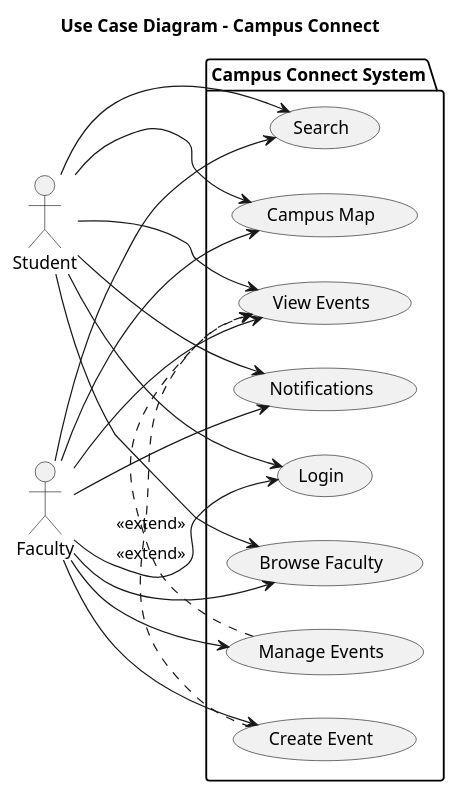
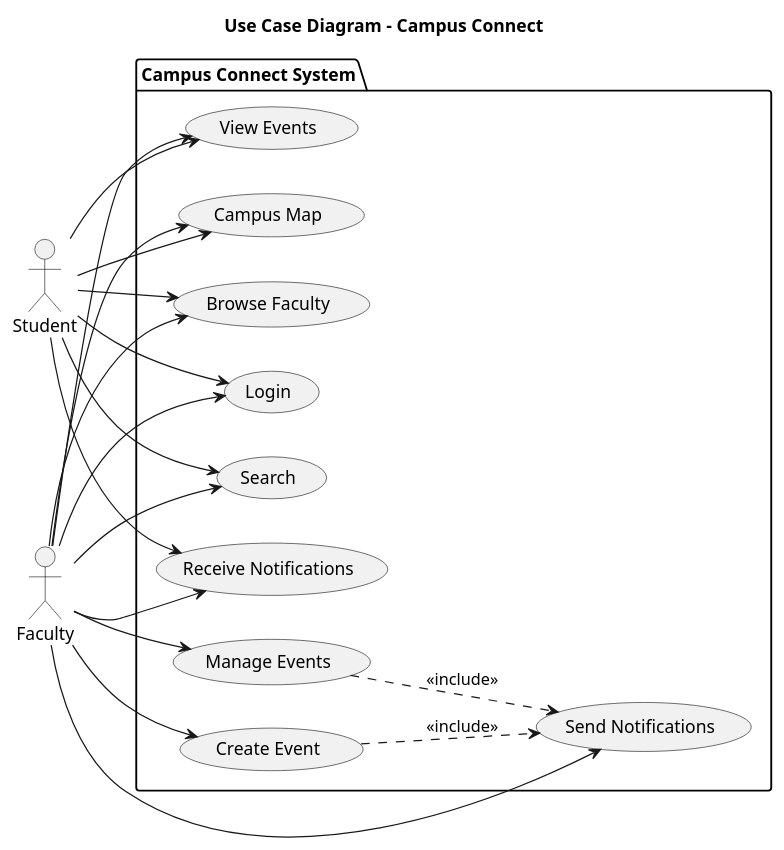
Before and after one commit to umeshwayakole27/campus_connect_fl: the second of 7 diagrams in uml-diagrams.md, drawn with PlantUML. The commit also changed other lines of this file and 7 other files, not shown here.

````diff
--- a/uml-diagrams.md
+++ b/uml-diagrams.md
@@ -99,46 +99,48 @@
 ```plantuml
 @startuml
 title Use Case Diagram - Campus Connect
 
 left to right direction
 
 actor Student as S
 actor Faculty as F
 
 package "Campus Connect System" {
   
   usecase "Login" as UC1
   usecase "View Events" as UC2
   usecase "Browse Faculty" as UC3
   usecase "Campus Map" as UC4
   usecase "Search" as UC5
-  usecase "Notifications" as UC6
+  usecase "Receive Notifications" as UC6
   usecase "Create Event" as UC7
   usecase "Manage Events" as UC8
+  usecase "Send Notifications" as UC9
   
 }
 
 ' Student use cases
 S --> UC1
 S --> UC2
 S --> UC3
 S --> UC4
 S --> UC5
 S --> UC6
 
 ' Faculty use cases
 F --> UC1
 F --> UC2
 F --> UC3
 F --> UC4
 F --> UC5
 F --> UC6
 F --> UC7
 F --> UC8
+F --> UC9
 
-' Extend relationships
-UC7 .> UC2 : <<extend>>
-UC8 .> UC2 : <<extend>>
+' Include relationships
+UC7 ..> UC9 : <<include>>
+UC8 ..> UC9 : <<include>>
 
 @enduml
 ```
````
